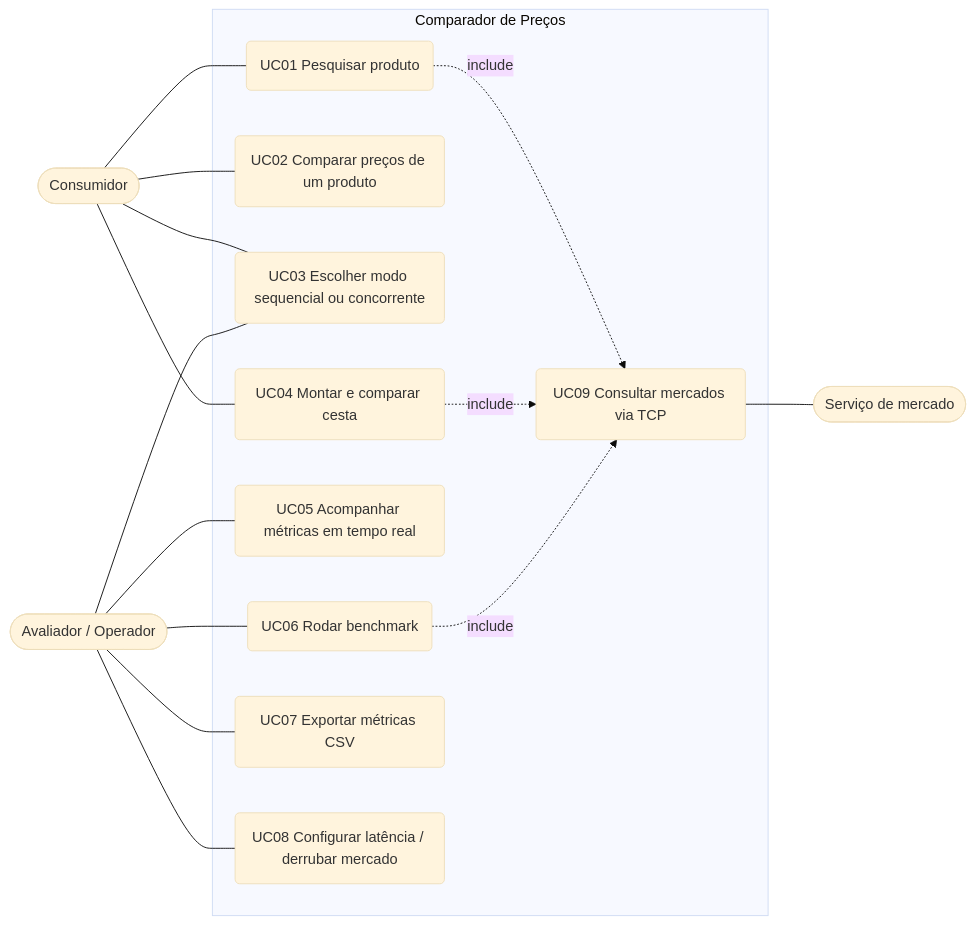
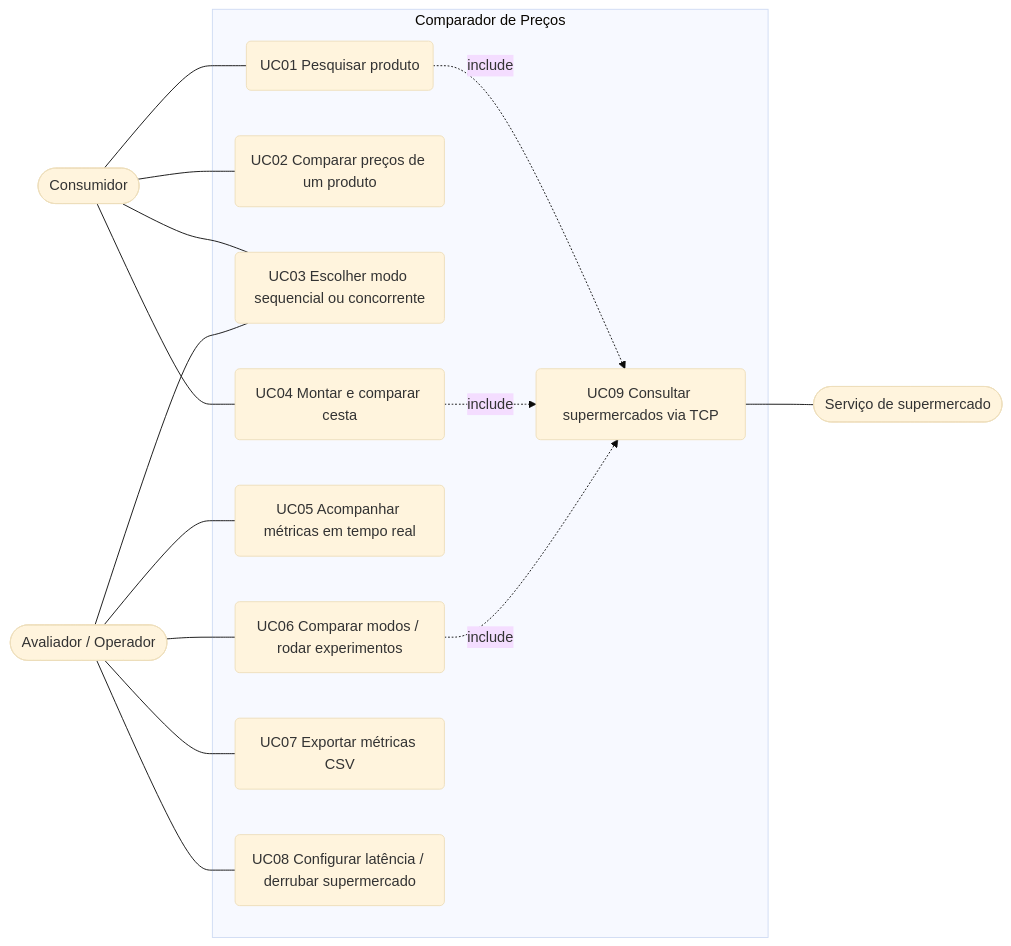
Before and after one commit to coelhomarcus/market-sync: the diagram in docs/requisitos.md, drawn with Mermaid (base theme). The commit also changed other lines of this file and 63 other files, not shown here.

First line of the commit message:
Cliente TCP, experimentos obrigatórios e backend organizado por componente

````diff
--- a/docs/requisitos.md
+++ b/docs/requisitos.md
@@ -50,25 +109,25 @@
 ```mermaid
 flowchart LR
     C([Consumidor])
     A([Avaliador / Operador])
-    M([Serviço de mercado])
+    M([Serviço de supermercado])
 
     subgraph Sistema["Comparador de Preços"]
         UC1(UC01 Pesquisar produto)
         UC2(UC02 Comparar preços de um produto)
         UC3(UC03 Escolher modo sequencial ou concorrente)
         UC4(UC04 Montar e comparar cesta)
         UC5(UC05 Acompanhar métricas em tempo real)
-        UC6(UC06 Rodar benchmark)
+        UC6(UC06 Comparar modos / rodar experimentos)
         UC7(UC07 Exportar métricas CSV)
-        UC8(UC08 Configurar latência / derrubar mercado)
-        UC9(UC09 Consultar mercados via TCP)
+        UC8(UC08 Configurar latência / derrubar supermercado)
+        UC9(UC09 Consultar supermercados via TCP)
     end
 
     C --- UC1 & UC2 & UC3 & UC4
     A --- UC3 & UC5 & UC6 & UC7 & UC8
     UC1 -. include .-> UC9
     UC4 -. include .-> UC9
     UC6 -. include .-> UC9
     UC9 --- M
 ```
````
